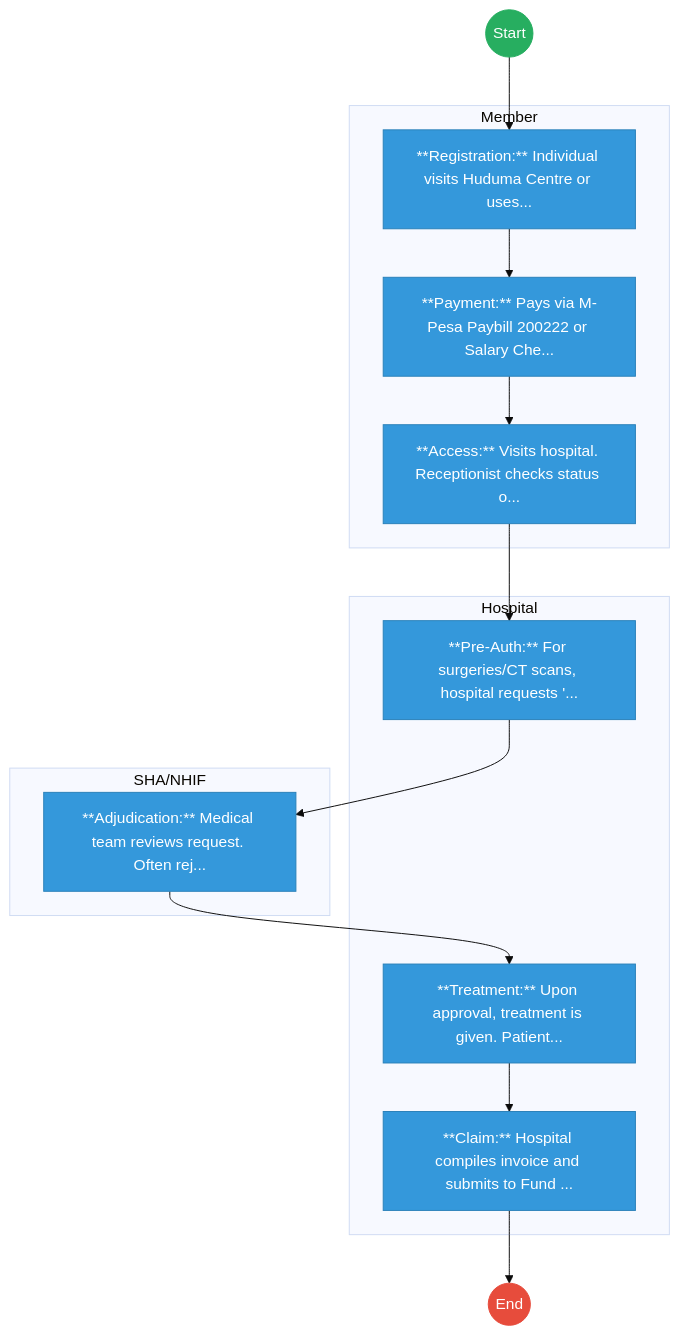
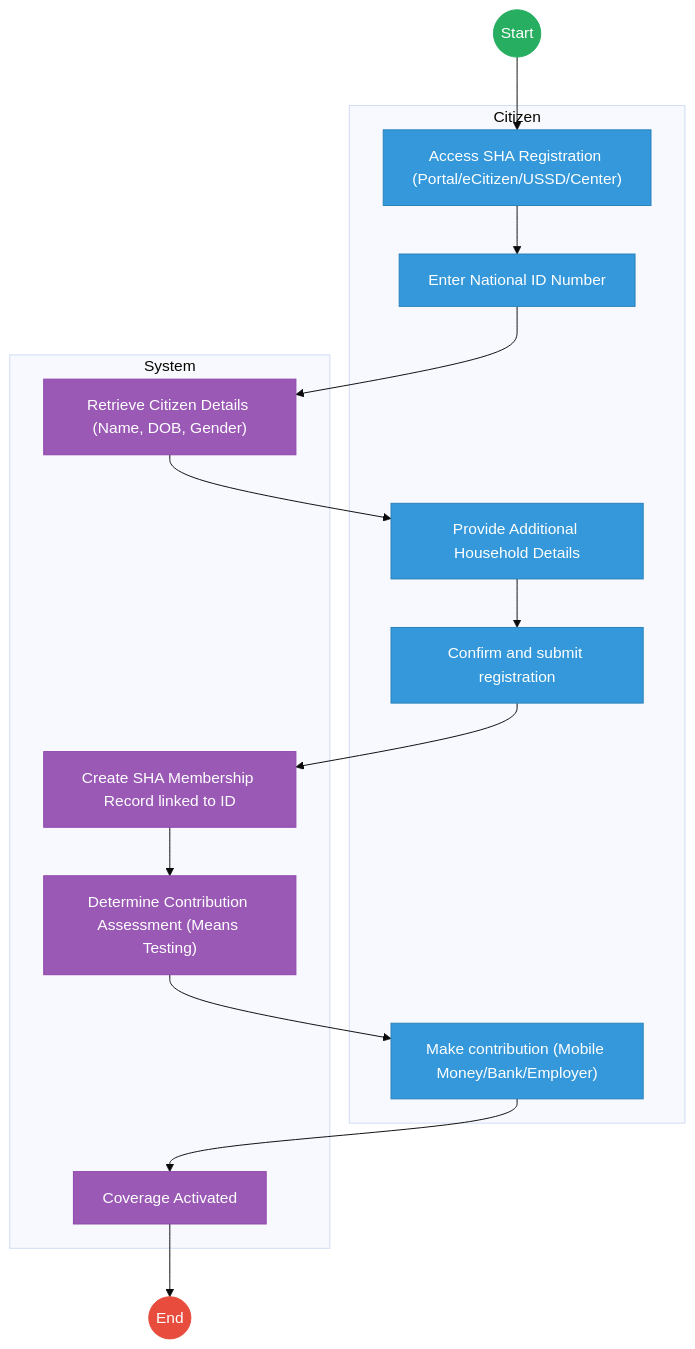
Before and after one commit to BITZ-IT-Consulting-LTD/ictapoc: the first of 2 diagrams in mdas/docs_final/National_Health_Insurance_Fund___Service_Delivery.md, drawn with Mermaid (base theme). The commit also changed other lines of this file and 1 other file, not shown here.

````diff
--- a/mdas/docs_final/National_Health_Insurance_Fund___Service_Delivery.md
+++ b/mdas/docs_final/National_Health_Insurance_Fund___Service_Delivery.md
@@ -20,36 +20,39 @@
 ```mermaid
 graph TD
     Start((Start)) --> S1
 
-    subgraph Member [Member]
-        S1["**Registration:** Individual visits Huduma Centre or uses..."]
-        S2["**Payment:** Pays via M-Pesa Paybill 200222 or Salary Che..."]
-        S3["**Access:** Visits hospital. Receptionist checks status o..."]
+    subgraph Citizen [Citizen]
+        S1["Access SHA Registration (Portal/eCitizen/USSD/Center)"]
+        S2["Enter National ID Number"]
+        S4["Provide Additional Household Details"]
+        S5["Confirm and submit registration"]
+        S8["Make contribution (Mobile Money/Bank/Employer)"]
     end
 
-    subgraph Hospital [Hospital]
-        S4["**Pre-Auth:** For surgeries/CT scans, hospital requests '..."]
-        S6["**Treatment:** Upon approval, treatment is given. Patient..."]
-        S7["**Claim:** Hospital compiles invoice and submits to Fund ..."]
+    subgraph System [System]
+        S3["Retrieve Citizen Details (Name, DOB, Gender)"]
+        S6["Create SHA Membership Record linked to ID"]
+        S7["Determine Contribution Assessment (Means Testing)"]
+        S9["Coverage Activated"]
     end
 
-    subgraph SHA_NHIF [SHA/NHIF]
-        S5["**Adjudication:** Medical team reviews request. Often rej..."]
-    end
     S1 --> S2
     S2 --> S3
     S3 --> S4
     S4 --> S5
     S5 --> S6
     S6 --> S7
-    S7 --> End((End))
+    S7 --> S8
+    S8 --> S9
+    S9 --> End((End))
 
     classDef start fill:#27ae60,stroke:#27ae60,color:#fff;
     classDef endNode fill:#e74c3c,stroke:#e74c3c,color:#fff;
     classDef userTask fill:#3498db,stroke:#2980b9,color:#fff;
     classDef serviceTask fill:#9b59b6,stroke:#8e44ad,color:#fff;
 
     class Start start;
     class End endNode;
-    class S1,S2,S3,S4,S5,S6,S7 userTask;
+    class S1,S2,S4,S5,S8 userTask;
+    class S3,S6,S7,S9 serviceTask;
 ```
````
